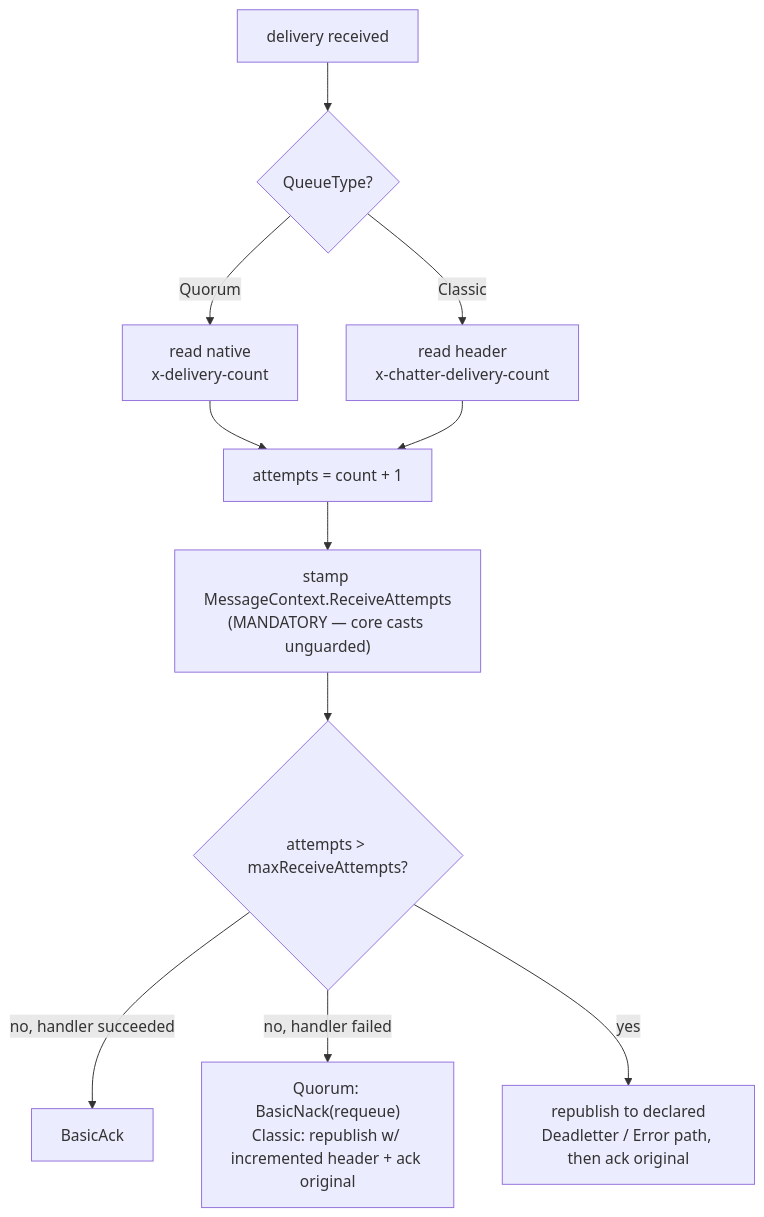
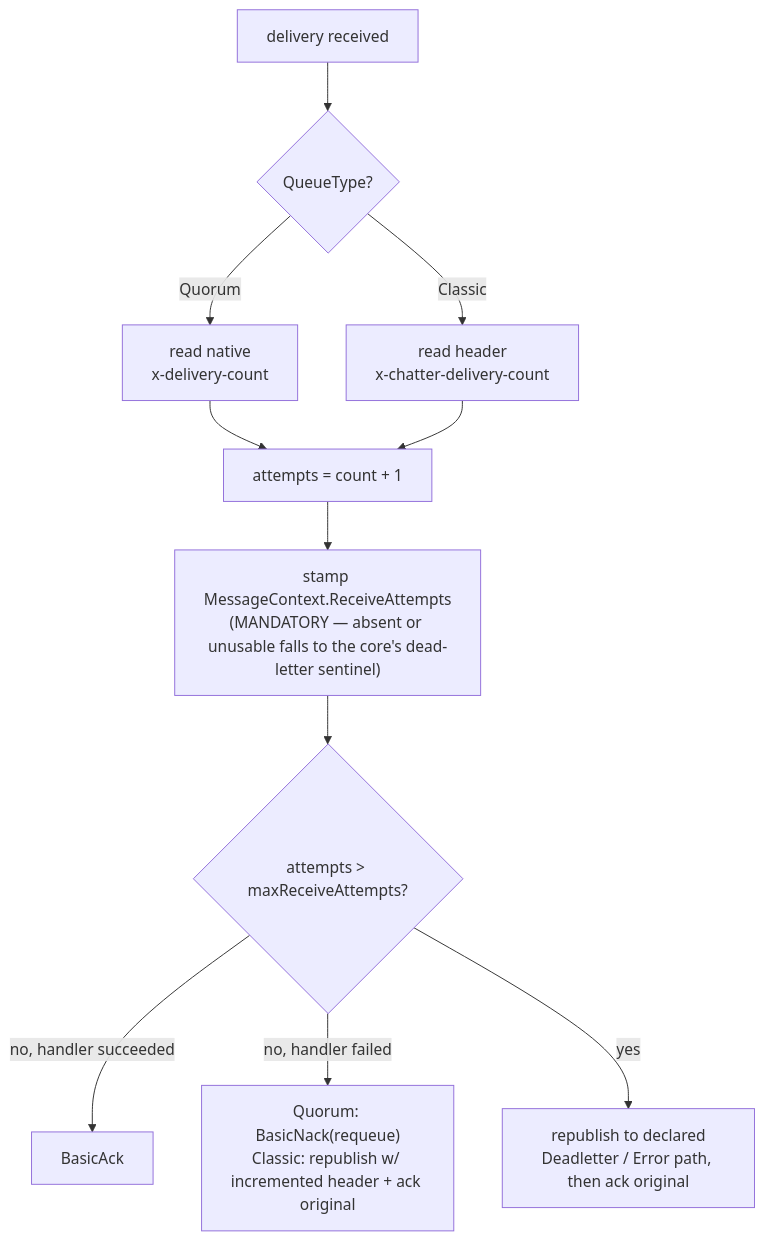
The fifth of 6 diagrams in docs/design/rabbitmq-adapter.md (brenpike/Chatter), drawn with Mermaid before and after one commit. The commit also changed other lines of this file and 27 other files, not shown here.

````diff
--- a/docs/design/rabbitmq-adapter.md
+++ b/docs/design/rabbitmq-adapter.md
@@ -289,13 +291,13 @@
 ```mermaid
 flowchart TD
     Recv["delivery received"] --> Q{"QueueType?"}
     Q -- Quorum --> XDC["read native<br/>x-delivery-count"]
     Q -- Classic --> XCH["read header<br/>x-chatter-delivery-count"]
     XDC --> Count["attempts = count + 1"]
     XCH --> Count
-    Count --> Stamp["stamp MessageContext.ReceiveAttempts<br/>(MANDATORY — core casts unguarded)"]
+    Count --> Stamp["stamp MessageContext.ReceiveAttempts<br/>(MANDATORY — absent or unusable falls to the core's dead-letter sentinel)"]
     Stamp --> Decide{"attempts > maxReceiveAttempts?"}
     Decide -- no, handler succeeded --> Ack["BasicAck"]
     Decide -- "no, handler failed" --> Redeliver["Quorum: BasicNack(requeue)<br/>Classic: republish w/ incremented header + ack original"]
     Decide -- yes --> DLQ["republish to declared<br/>Deadletter / Error path, then ack original"]
 ```
````
